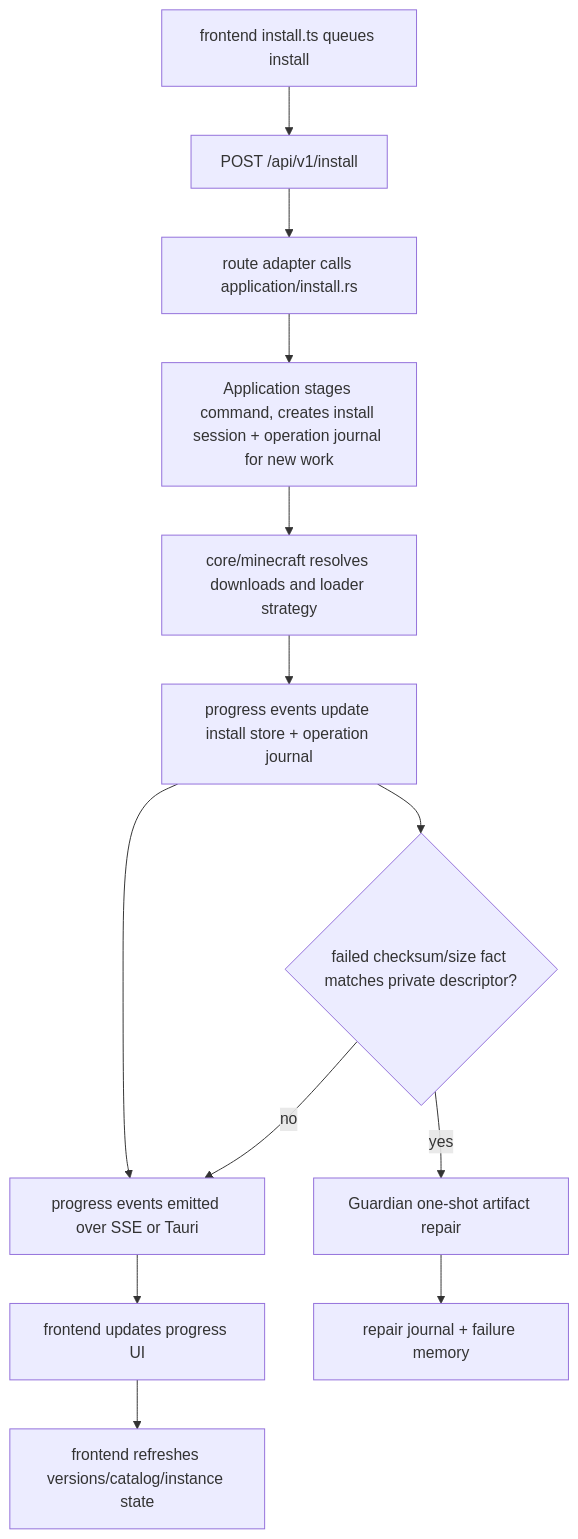
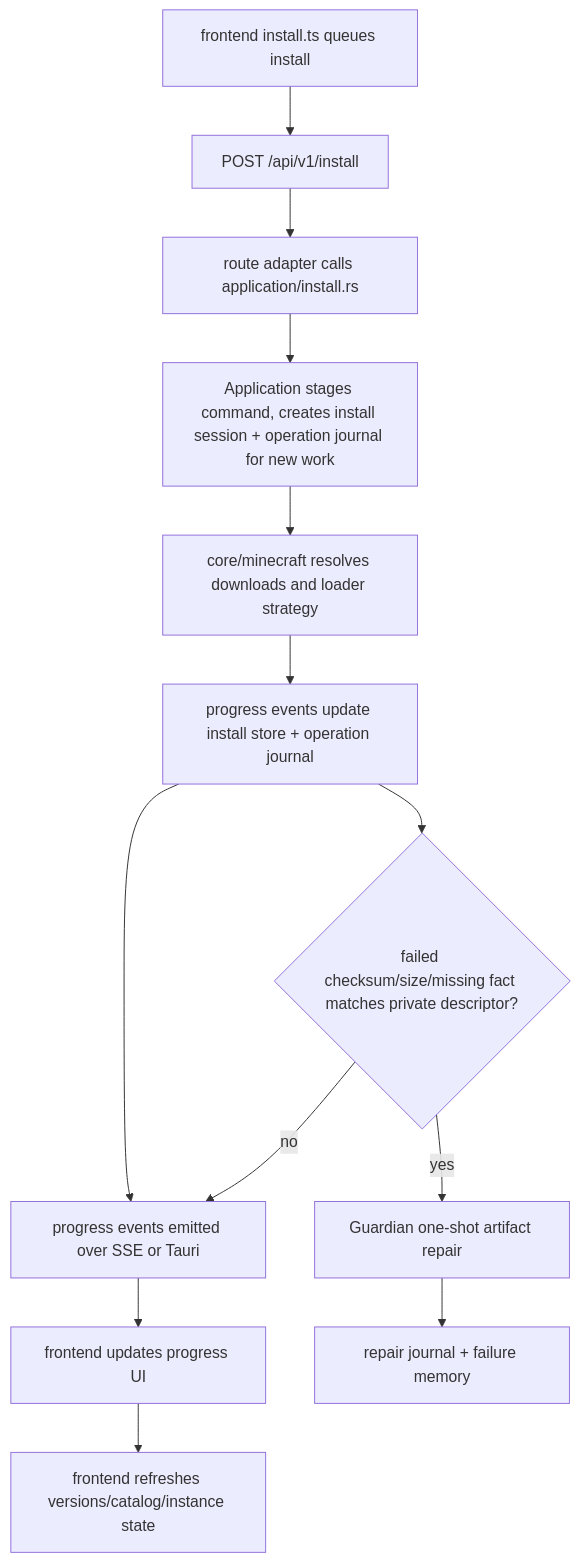
One commit to mateoltd/croopor changed the seventh of 9 diagrams in docs/ARCHITECTURE.md. Above: the diagram before and after it, drawn with Mermaid. The commit also changed other lines of this file and 281 other files, not shown here.

````diff
--- a/docs/ARCHITECTURE.md
+++ b/docs/ARCHITECTURE.md
@@ -241,15 +256,15 @@
 ```mermaid
 flowchart TD
     A[frontend install.ts queues install] --> B[POST /api/v1/install]
     B --> C[route adapter calls application/install.rs]
     C --> D[Application stages command, creates install session + operation journal for new work]
     D --> E[core/minecraft resolves downloads and loader strategy]
     E --> F[progress events update install store + operation journal]
     F --> G[progress events emitted over SSE or Tauri]
     G --> H[frontend updates progress UI]
     H --> I[frontend refreshes versions/catalog/instance state]
-    F --> J{failed checksum/size fact matches private descriptor?}
+    F --> J{failed checksum/size/missing fact matches private descriptor?}
     J -->|yes| K[Guardian one-shot artifact repair]
     J -->|no| G
     K --> L[repair journal + failure memory]
 ```
````
